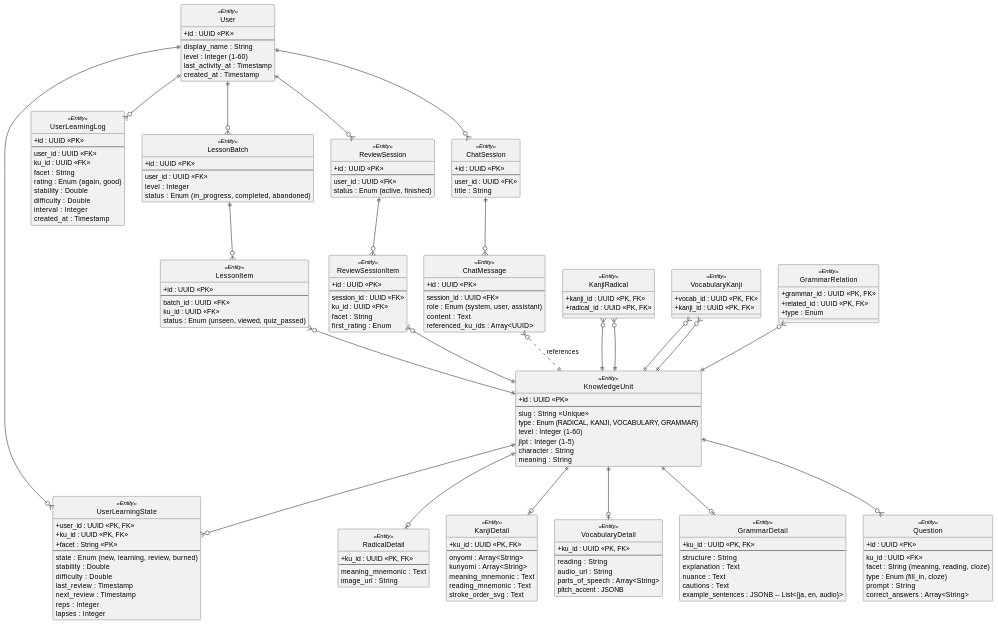
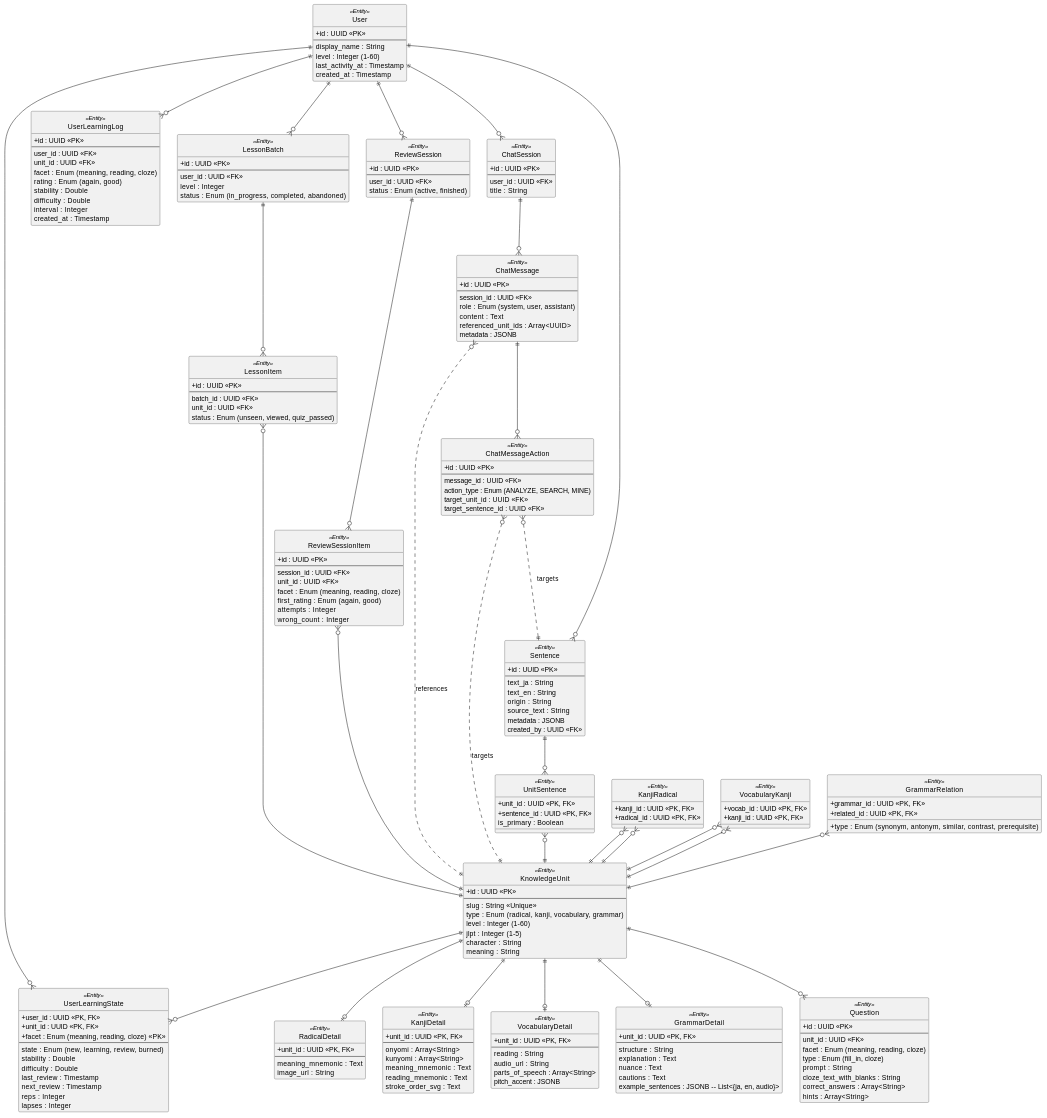
Before and after one commit to anhtranguyen-github/Hanachan: the diagram in docs/er/full-system-er.md, drawn with PlantUML. The commit also changed other lines of this file and 20 other files, not shown here.

First line of the commit message:
docs(arch): update ER and package diagrams for Hanachan v2

````diff
--- a/docs/er/full-system-er.md
+++ b/docs/er/full-system-er.md
@@ -27,7 +27,7 @@
   + id : UUID <<PK>>
   --
   slug : String <<Unique>>
-  type : Enum (RADICAL, KANJI, VOCABULARY, GRAMMAR)
+  type : Enum (radical, kanji, vocabulary, grammar)
   level : Integer (1-60)
   jlpt : Integer (1-5)
   character : String
@@ -35,14 +35,14 @@
 }
 
 class RadicalDetail <<Entity>> {
-  + ku_id : UUID <<PK, FK>>
+  + unit_id : UUID <<PK, FK>>
   --
   meaning_mnemonic : Text
   image_url : String
 }
 
 class KanjiDetail <<Entity>> {
-  + ku_id : UUID <<PK, FK>>
+  + unit_id : UUID <<PK, FK>>
   --
   onyomi : Array<String>
   kunyomi : Array<String>
@@ -52,7 +52,7 @@
 }
 
 class VocabularyDetail <<Entity>> {
-  + ku_id : UUID <<PK, FK>>
+  + unit_id : UUID <<PK, FK>>
   --
   reading : String
   audio_url : String
@@ -61,7 +61,7 @@
 }
 
 class GrammarDetail <<Entity>> {
-  + ku_id : UUID <<PK, FK>>
+  + unit_id : UUID <<PK, FK>>
   --
   structure : String
   explanation : Text
@@ -84,7 +84,7 @@
 class GrammarRelation <<Entity>> {
   + grammar_id : UUID <<PK, FK>>
   + related_id : UUID <<PK, FK>>
-  + type : Enum
+  + type : Enum (synonym, antonym, similar, contrast, prerequisite)
 }
 
 ' ==========================================
@@ -93,11 +93,13 @@
 class Question <<Entity>> {
   + id : UUID <<PK>>
   --
-  ku_id : UUID <<FK>>
-  facet : String (meaning, reading, cloze)
+  unit_id : UUID <<FK>>
+  facet : Enum (meaning, reading, cloze)
   type : Enum (fill_in, cloze)
   prompt : String
+  cloze_text_with_blanks : String
   correct_answers : Array<String>
+  hints : Array<String>
 }
 
 ' ==========================================
@@ -105,8 +107,8 @@
 ' ==========================================
 class UserLearningState <<Entity>> {
   + user_id : UUID <<PK, FK>>
-  + ku_id : UUID <<PK, FK>>
-  + facet : String <<PK>>
+  + unit_id : UUID <<PK, FK>>
+  + facet : Enum (meaning, reading, cloze) <<PK>>
   --
   state : Enum (new, learning, review, burned)
   stability : Double
@@ -121,8 +123,8 @@
   + id : UUID <<PK>>
   --
   user_id : UUID <<FK>>
-  ku_id : UUID <<FK>>
-  facet : String
+  unit_id : UUID <<FK>>
+  facet : Enum (meaning, reading, cloze)
   rating : Enum (again, good)
   stability : Double
   difficulty : Double
@@ -145,7 +147,7 @@
   + id : UUID <<PK>>
   --
   batch_id : UUID <<FK>>
-  ku_id : UUID <<FK>>
+  unit_id : UUID <<FK>>
   status : Enum (unseen, viewed, quiz_passed)
 }
 
@@ -160,9 +162,11 @@
   + id : UUID <<PK>>
   --
   session_id : UUID <<FK>>
-  ku_id : UUID <<FK>>
-  facet : String
-  first_rating : Enum
+  unit_id : UUID <<FK>>
+  facet : Enum (meaning, reading, cloze)
+  first_rating : Enum (again, good)
+  attempts : Integer
+  wrong_count : Integer
 }
 
 ' ==========================================
@@ -181,12 +185,38 @@
   session_id : UUID <<FK>>
   role : Enum (system, user, assistant)
   content : Text
-  referenced_ku_ids : Array<UUID>
+  referenced_unit_ids : Array<UUID>
+  metadata : JSONB
+}
+
+class ChatMessageAction <<Entity>> {
+  + id : UUID <<PK>>
+  --
+  message_id : UUID <<FK>>
+  action_type : Enum (ANALYZE, SEARCH, MINE)
+  target_unit_id : UUID <<FK>>
+  target_sentence_id : UUID <<FK>>
 }
 
 ' ==========================================
-' CONNECTIONS
+' 7. SENTENCE DOMAIN
 ' ==========================================
+class Sentence <<Entity>> {
+  + id : UUID <<PK>>
+  --
+  text_ja : String
+  text_en : String
+  origin : String
+  source_text : String
+  metadata : JSONB
+  created_by : UUID <<FK>>
+}
+
+class UnitSentence <<Entity>> {
+  + unit_id : UUID <<PK, FK>>
+  + sentence_id : UUID <<PK, FK>>
+  is_primary : Boolean
+}
 
 ' Content Hierarchies
 KnowledgeUnit ||--o| RadicalDetail
@@ -218,7 +248,15 @@
 ' Assistant
 User ||--o{ ChatSession
 ChatSession ||--o{ ChatMessage
+ChatMessage ||--o{ ChatMessageAction
+ChatMessageAction }o..|| KnowledgeUnit : "targets"
+ChatMessageAction }o..|| Sentence : "targets"
 ChatMessage }o..|| KnowledgeUnit : "references"
+
+' Sentences
+User ||--o{ Sentence
+Sentence ||--o{ UnitSentence
+UnitSentence }o--|| KnowledgeUnit
 
 @enduml
 ```
````
